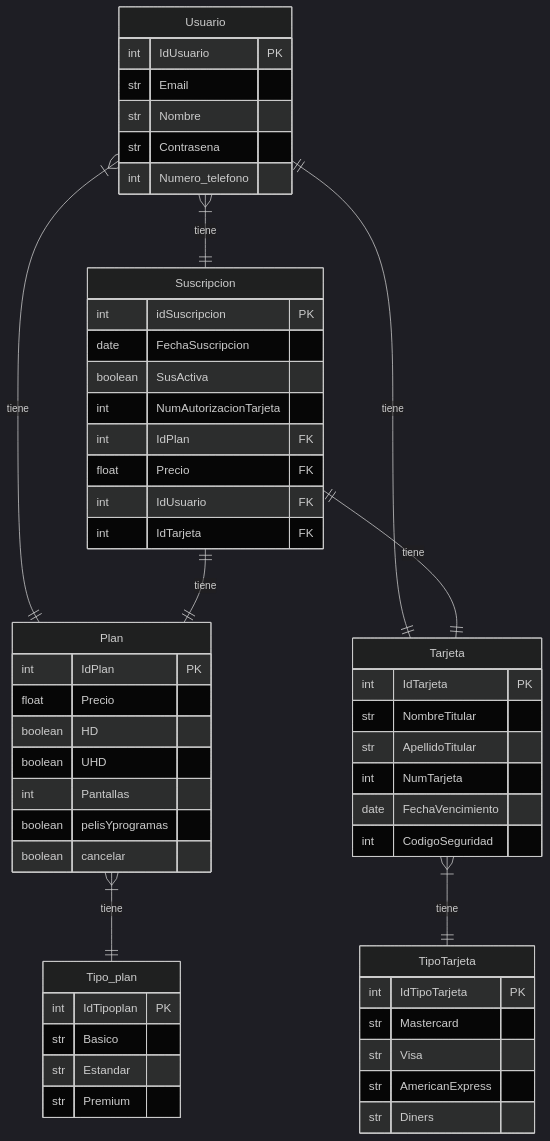
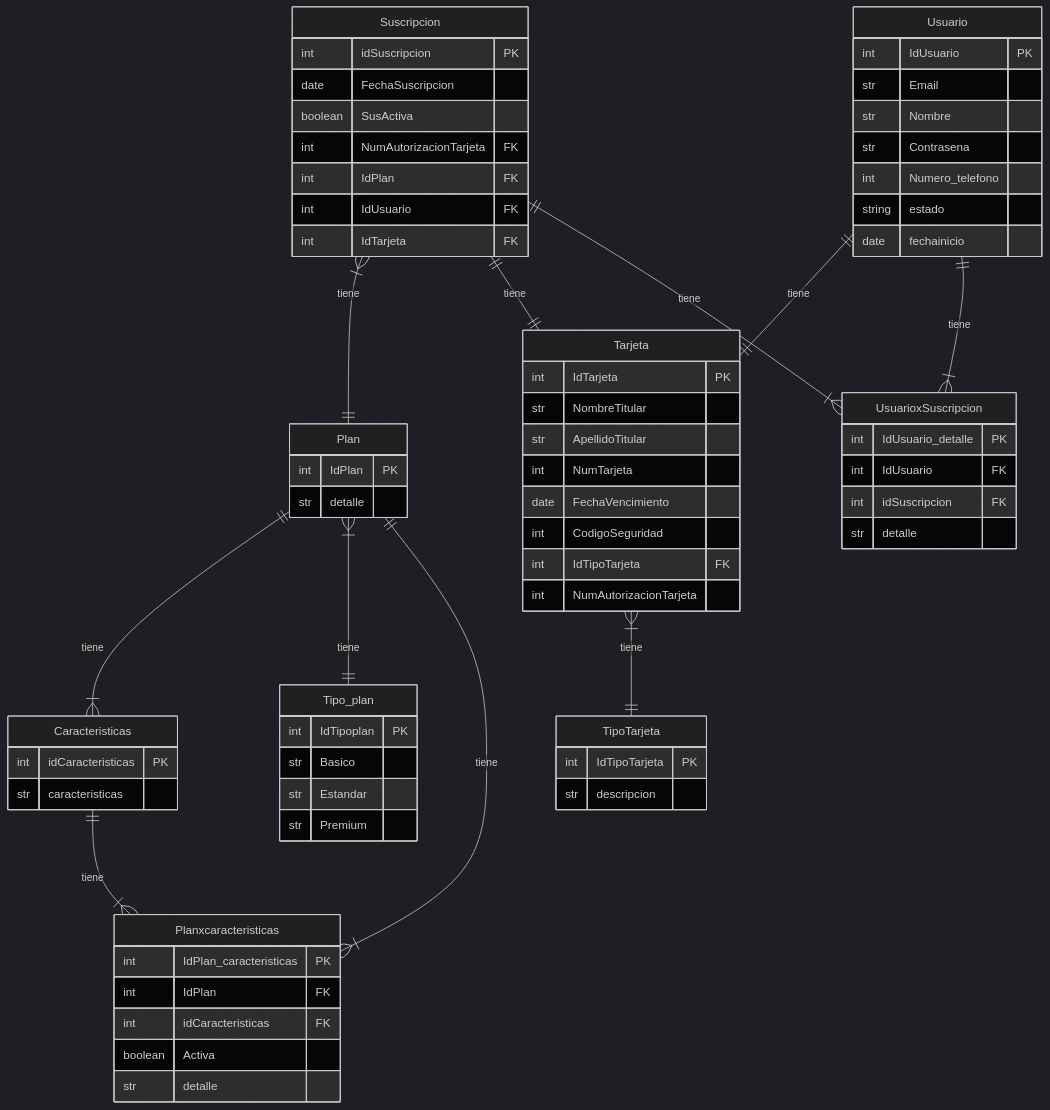
The diagram in Diagramas/diagrama.mmd (gonzalomartinex/TP_Django), drawn with Mermaid (dark theme) before and after one commit. The commit also changed 2 other files, not shown here.

Commit message:
actualizacion del diagrama ER

```diff
--- a/Diagramas/diagrama.mmd
+++ b/Diagramas/diagrama.mmd
@@ -1,61 +1,80 @@
 erDiagram
     Usuario{
-    int IdUsuario PK
-    str Email
-    str Nombre
-    str Contrasena
-    int Numero_telefono
+        int IdUsuario PK
+        str Email
+        str Nombre
+        str Contrasena
+        int Numero_telefono
+        string estado
+        date fechainicio
     }
 
     Plan{
-    int IdPlan PK
-    float Precio
-    boolean HD
-    boolean UHD 
-    int Pantallas 
-    boolean pelisYprogramas
-    boolean cancelar
+        int IdPlan PK 
+        str detalle
+    }
+
+    Caracteristicas{
+        int idCaracteristicas PK
+        str caracteristicas
     }
 
     Tipo_plan{
-    int IdTipoplan PK
-    str Basico
-    str Estandar
-    str Premium
+        int IdTipoplan PK
+        str Basico
+        str Estandar
+        str Premium
     }
 
     Tarjeta{
-    int IdTarjeta PK
-    str NombreTitular
-    str ApellidoTitular
-    int NumTarjeta
-    date FechaVencimiento
-    int CodigoSeguridad
+        int IdTarjeta PK
+        str NombreTitular
+        str ApellidoTitular
+        int NumTarjeta
+        date FechaVencimiento
+        int CodigoSeguridad
+        int IdTipoTarjeta FK
+        int NumAutorizacionTarjeta
     }
 
     TipoTarjeta{
-    int IdTipoTarjeta PK
-    str Mastercard
-    str Visa 
-    str AmericanExpress
-    str Diners
-    }
-    
-    Suscripcion{
-    int idSuscripcion PK
-    date FechaSuscripcion
-    boolean SusActiva
-    int NumAutorizacionTarjeta
-    int IdPlan FK
-    float Precio FK
-    int IdUsuario FK
-    int IdTarjeta FK
+        int IdTipoTarjeta PK
+        str descripcion
     }
 
-    Usuario }|--|| Plan: tiene
-    Usuario ||--|| Tarjeta: tiene
-    Usuario }|--|| Suscripcion: tiene
+    Suscripcion{
+        int idSuscripcion PK
+        date FechaSuscripcion
+        boolean SusActiva
+        int NumAutorizacionTarjeta FK
+        int IdPlan FK
+        int IdUsuario FK
+        int IdTarjeta FK
+    }
+
+    UsuarioxSuscripcion{
+    int IdUsuario_detalle PK
+    int IdUsuario FK
+    int idSuscripcion FK
+    str detalle
+    }
+
+    Planxcaracteristicas{
+        int IdPlan_caracteristicas PK
+        int IdPlan FK
+        int idCaracteristicas FK
+        boolean Activa
+        str detalle
+    }
+
+
+    Usuario ||--|{ UsuarioxSuscripcion: tiene
+    Suscripcion ||--|{ UsuarioxSuscripcion: tiene
+    Plan ||--|{ Planxcaracteristicas: tiene
+    Caracteristicas ||--|{ Planxcaracteristicas: tiene
     Suscripcion ||--|| Tarjeta: tiene
-    Suscripcion ||--|| Plan: tiene
+    Suscripcion }|--|| Plan: tiene
     Tarjeta }|--||  TipoTarjeta: tiene
     Plan }|--|| Tipo_plan: tiene
+    Plan ||--|{ Caracteristicas: tiene
+    Usuario ||--|| Tarjeta: tiene
```
